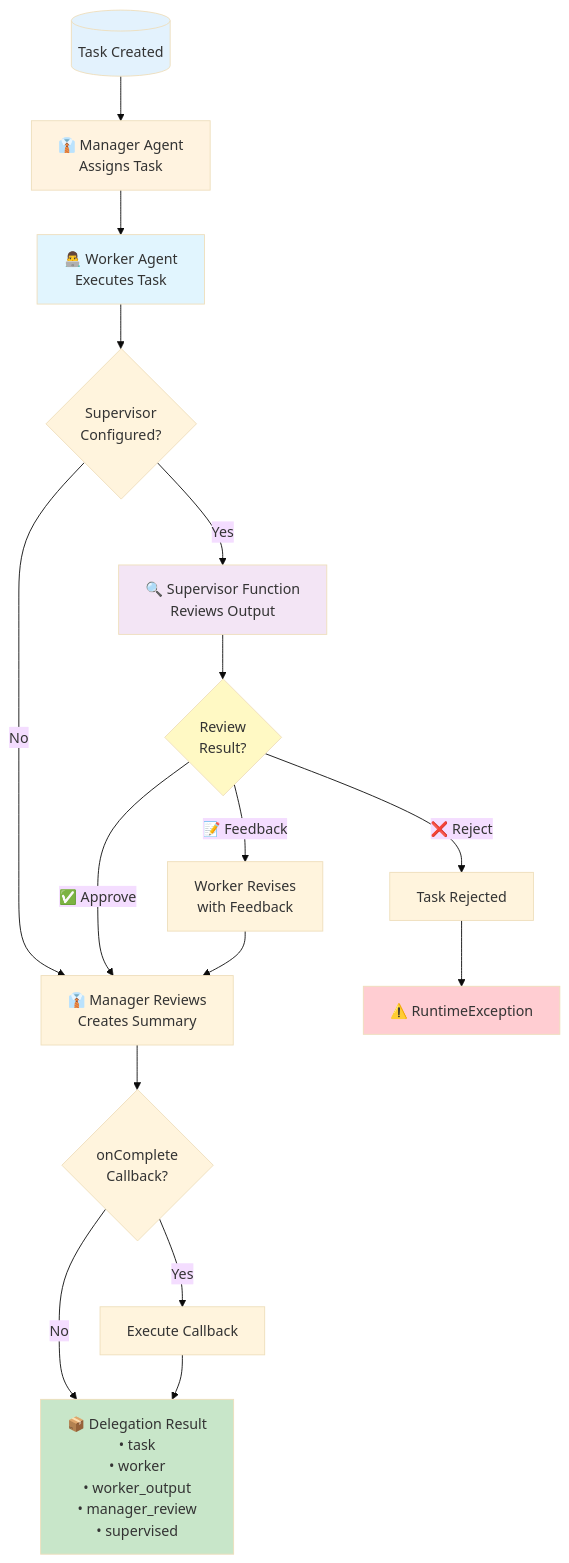
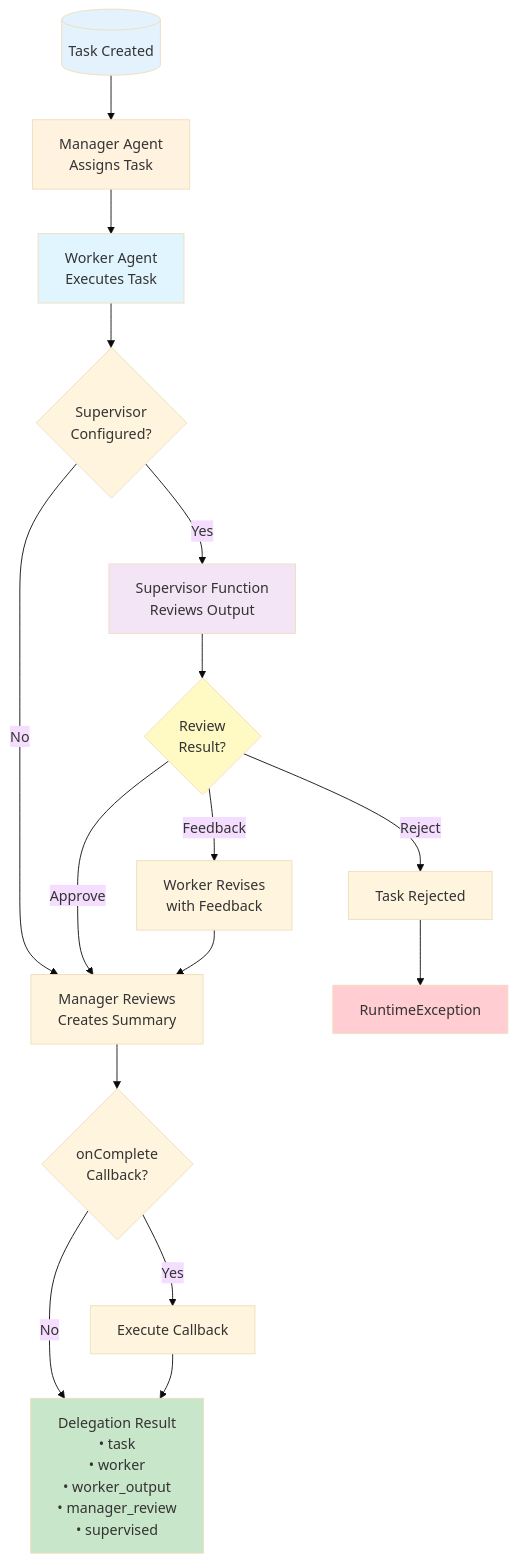
One commit to HelgeSverre/pagent changed the sixth of 9 diagrams in docs/orchestration-workflows.md. Above: the diagram before and after it, drawn with Mermaid (base theme). The commit also changed other lines of this file and 239 other files, not shown here.

````diff
--- a/docs/orchestration-workflows.md
+++ b/docs/orchestration-workflows.md
@@ -486,37 +488,37 @@
 ```mermaid
 flowchart TD
-    Start[("Task Created")] --> Manager["👔 Manager Agent<br/>Assigns Task"]
+    Start[("Task Created")] --> Manager["Manager Agent<br/>Assigns Task"]
 
-    Manager --> Worker["👨‍💻 Worker Agent<br/>Executes Task"]
+    Manager --> Worker[" Worker Agent<br/>Executes Task"]
 
     Worker --> HasSupervision{Supervisor<br/>Configured?}
 
-    HasSupervision -->|Yes| Supervisor["🔍 Supervisor Function<br/>Reviews Output"]
+    HasSupervision -->|Yes| Supervisor["Supervisor Function<br/>Reviews Output"]
     HasSupervision -->|No| ManagerReview
 
     Supervisor --> SupervisorDecision{Review<br/>Result?}
-    SupervisorDecision -->|❌ Reject| Fail["Task Rejected"]
-    SupervisorDecision -->|📝 Feedback| Revise["Worker Revises<br/>with Feedback"]
-    SupervisorDecision -->|✅ Approve| ManagerReview
+    SupervisorDecision -->| Reject| Fail["Task Rejected"]
+    SupervisorDecision -->| Feedback| Revise["Worker Revises<br/>with Feedback"]
+    SupervisorDecision -->| Approve| ManagerReview
 
     Revise --> ManagerReview
 
-    ManagerReview["👔 Manager Reviews<br/>Creates Summary"]
+    ManagerReview["Manager Reviews<br/>Creates Summary"]
 
     ManagerReview --> Callback{onComplete<br/>Callback?}
 
     Callback -->|Yes| Execute["Execute Callback"]
     Callback -->|No| Result
 
-    Execute --> Result["📦 Delegation Result<br/>• task<br/>• worker<br/>• worker_output<br/>• manager_review<br/>• supervised"]
+    Execute --> Result["Delegation Result<br/>• task<br/>• worker<br/>• worker_output<br/>• manager_review<br/>• supervised"]
 
-    Fail --> ErrorResult["⚠️ RuntimeException"]
+    Fail --> ErrorResult["RuntimeException"]
 
     style Start fill:#e3f2fd
     style Result fill:#c8e6c9
     style ErrorResult fill:#ffcdd2
     style Manager fill:#fff3e0
     style Worker fill:#e1f5fe
     style Supervisor fill:#f3e5f5
     style SupervisorDecision fill:#fff9c4
 ```
````
